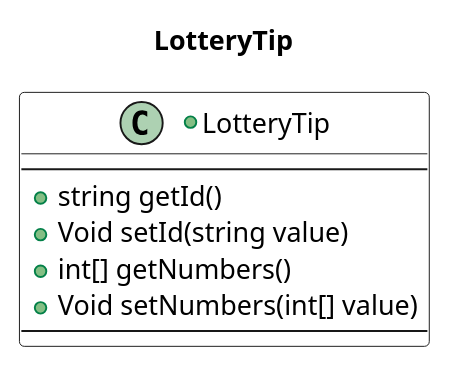
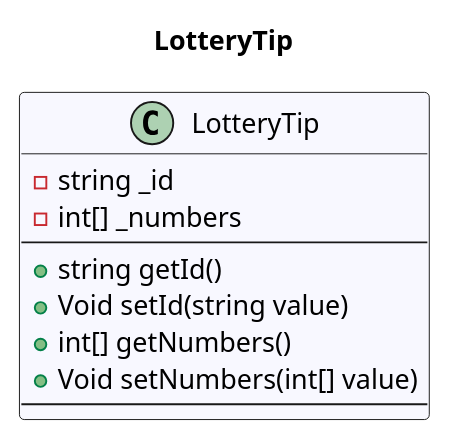
The diagram in LotteryChecker.ConApp/diagrams/cd_LotteryTip.puml (leoggehrer/2324-34_ABIF_ACIF_POSE), drawn with PlantUML before and after one commit. The commit also changed 6 other files, not shown here.

Commit message:
Generated diagrams.

```diff
--- a/LotteryChecker.ConApp/diagrams/cd_LotteryTip.puml
+++ b/LotteryChecker.ConApp/diagrams/cd_LotteryTip.puml
@@ -1,11 +1,13 @@
 @startuml LotteryTip
 title LotteryTip
-+class LotteryTip #White {
+class LotteryTip #GhostWhite {
+-string _id
+-int[] _numbers
 ---
-+ string getId()
-+ Void setId(string value)
-+ int[] getNumbers()
-+ Void setNumbers(int[] value)
++string getId()
++Void setId(string value)
++int[] getNumbers()
++Void setNumbers(int[] value)
 ---
 }
 @enduml
```
